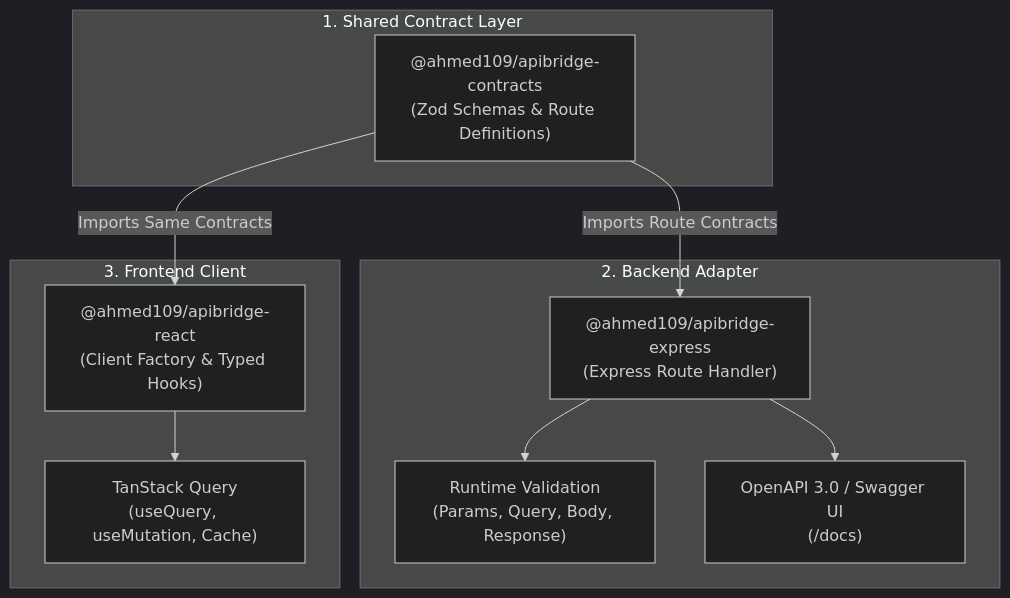
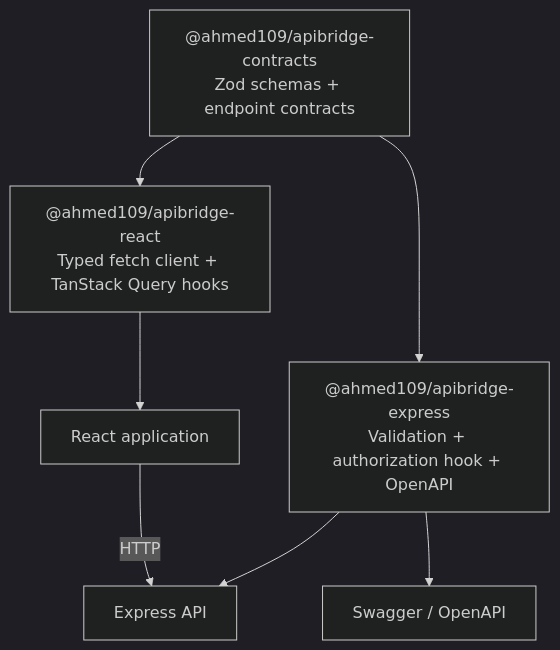
One commit to Ahmed1092002/ApiBridge changed the diagram in README.md. Above: the diagram before and after it, drawn with Mermaid (dark theme). The commit also changed other lines of this file, not shown here.

Commit message:
docs: rewrite ApiBridge project README

````diff
--- a/README.md
+++ b/README.md
@@ -27,23 +23,16 @@
 ```mermaid
-flowchart TD
-    subgraph SingleSourceOfTruth["1. Shared Contract Layer"]
-        C["@ahmed109/apibridge-contracts<br/>(Zod Schemas & Route Definitions)"]
-    end
+graph TD
+    Contracts["@ahmed109/apibridge-contracts<br/>Zod schemas + endpoint contracts"]
+    Express["@ahmed109/apibridge-express<br/>Validation + authorization hook + OpenAPI"]
+    React["@ahmed109/apibridge-react<br/>Typed fetch client + TanStack Query hooks"]
+    Api["Express API"]
+    App["React application"]
+    Docs["Swagger / OpenAPI"]
 
-    subgraph BackendLayer["2. Backend Adapter"]
-        EXP["@ahmed109/apibridge-express<br/>(Express Route Handler)"]
-        VAL["Runtime Validation<br/>(Params, Query, Body, Response)"]
-        OAS["OpenAPI 3.0 / Swagger UI<br/>(/docs)"]
-    end
-
-    subgraph FrontendLayer["3. Frontend Client"]
-        RCT["@ahmed109/apibridge-react<br/>(Client Factory & Typed Hooks)"]
-        TQ["TanStack Query<br/>(useQuery, useMutation, Cache)"]
-    end
-
-    C -->|Imports Route Contracts| EXP
-    EXP --> VAL
-    EXP --> OAS
-    C -->|Imports Same Contracts| RCT
-    RCT --> TQ
+    Contracts --> Express
+    Contracts --> React
+    Express --> Api
+    React --> App
+    Express --> Docs
+    App -->|HTTP| Api
 ```
````
